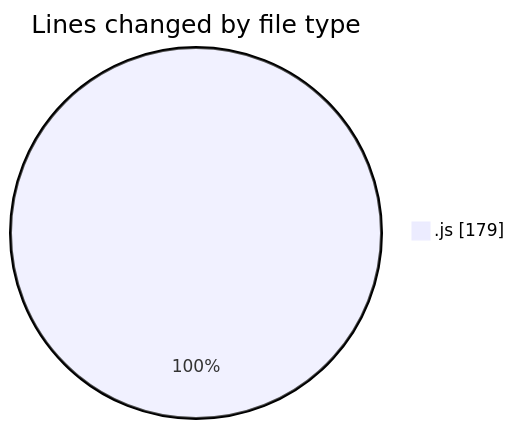
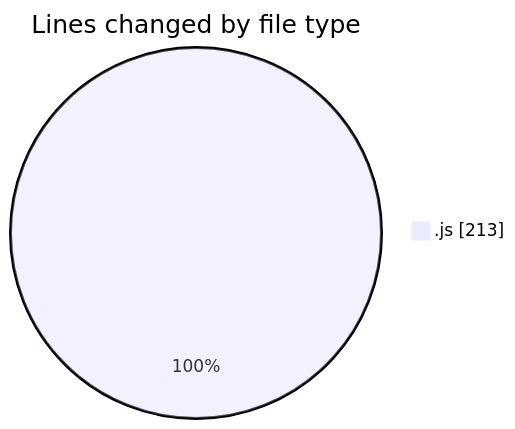
One commit to Ritupan-Deka/code-tracking changed the first of 2 diagrams in 2025-07-20/mern-workoutboard/README.md. Above: the diagram before and after it, drawn with Mermaid. The commit also changed other lines of this file and 1 other file, not shown here.

````diff
--- a/2025-07-20/mern-workoutboard/README.md
+++ b/2025-07-20/mern-workoutboard/README.md
@@ -21,5 +22,5 @@
 ```mermaid
 pie showData
 title Lines changed by file type
-".js" : 179
+".js" : 213
 ```
````
